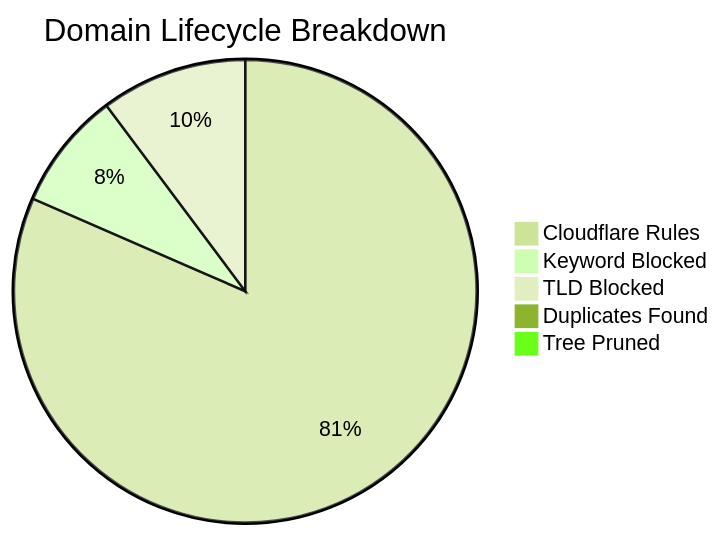
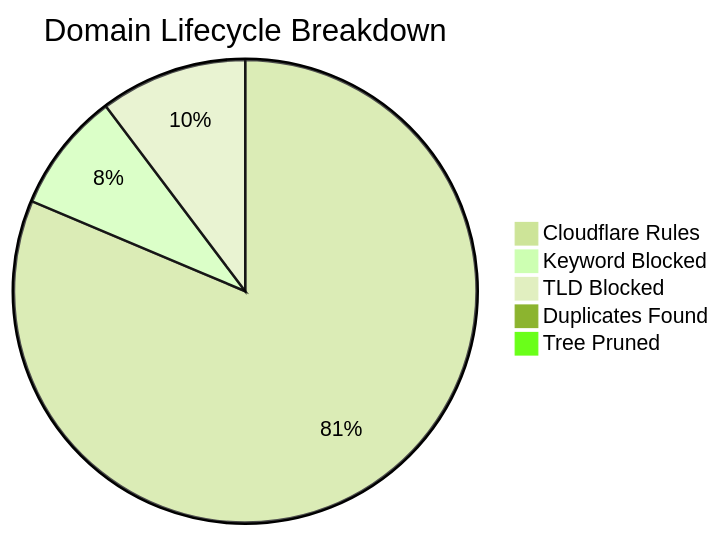
The diagram in README_STATS.md (brojangles24/Cloudflare-ZeroTrust-AdBlock), drawn with Mermaid (forest theme) before and after one commit. The commit also changed other lines of this file and 1 other file, not shown here.

````diff
--- a/README_STATS.md
+++ b/README_STATS.md
@@ -5,8 +5,8 @@
 ```mermaid
 pie title Domain Lifecycle Breakdown
-    "Cloudflare Rules" : 270110
-    "Keyword Blocked" : 27310
-    "TLD Blocked" : 33852
-    "Duplicates Found" : 963
-    "Tree Pruned" : 1011
+    "Cloudflare Rules" : 265131
+    "Keyword Blocked" : 27276
+    "TLD Blocked" : 33503
+    "Duplicates Found" : 817
+    "Tree Pruned" : 997
 ```
````
